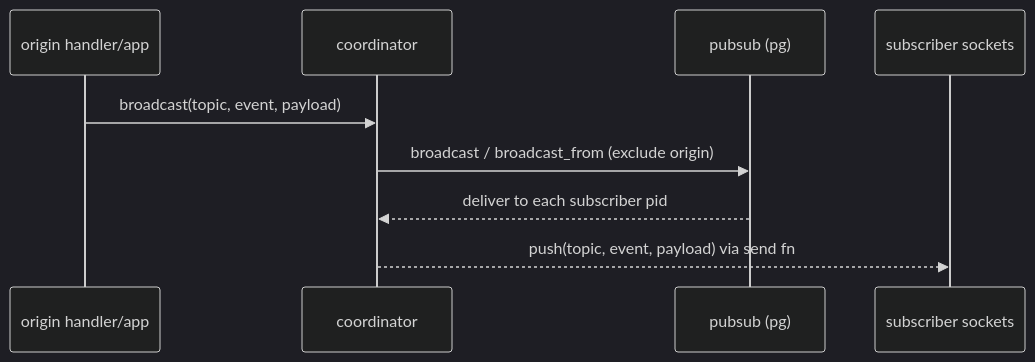
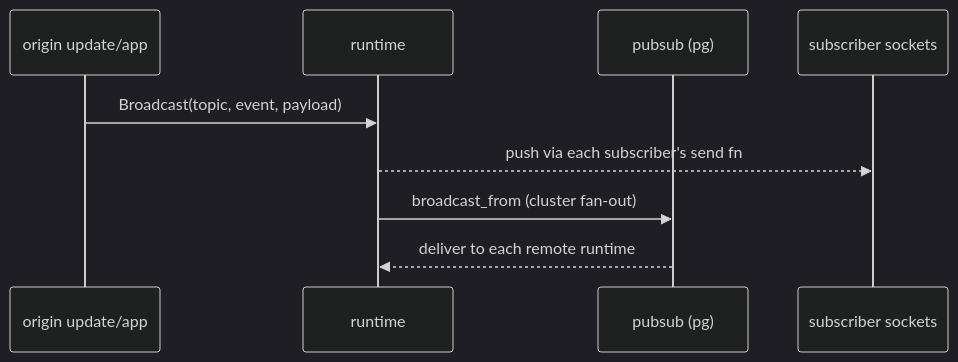
One commit to tylerbutler/beryl changed the fourth of 6 diagrams in website/src/content/docs/architecture/message-lifecycle.md. Above: the diagram before and after it, drawn with Mermaid (dark theme). The commit also changed other lines of this file and 21 other files, not shown here.

````diff
--- a/website/src/content/docs/architecture/message-lifecycle.md
+++ b/website/src/content/docs/architecture/message-lifecycle.md
@@ -62,11 +66,11 @@
 ```mermaid
 sequenceDiagram
-  participant Origin as origin handler/app
-  participant Coord as coordinator
+  participant Origin as origin update/app
+  participant RT as runtime
   participant PS as pubsub (pg)
   participant Subs as subscriber sockets
-  Origin->>Coord: broadcast(topic, event, payload)
-  Coord->>PS: broadcast / broadcast_from (exclude origin)
-  PS-->>Coord: deliver to each subscriber pid
-  Coord-->>Subs: push(topic, event, payload) via send fn
+  Origin->>RT: Broadcast(topic, event, payload)
+  RT-->>Subs: push via each subscriber's send fn
+  RT->>PS: broadcast_from (cluster fan-out)
+  PS-->>RT: deliver to each remote runtime
 ```
````
